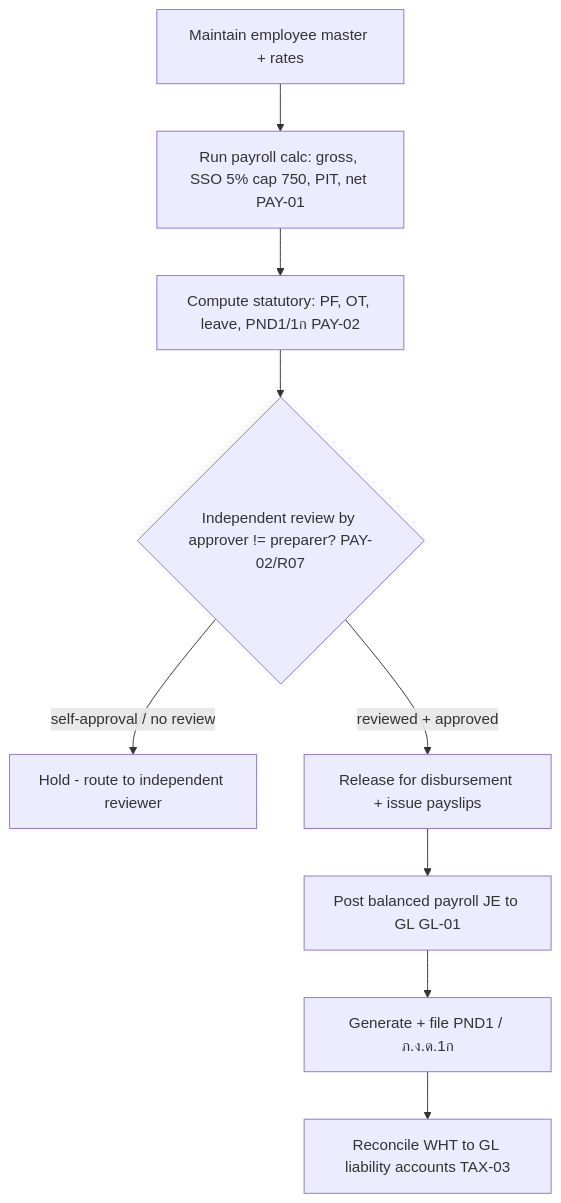
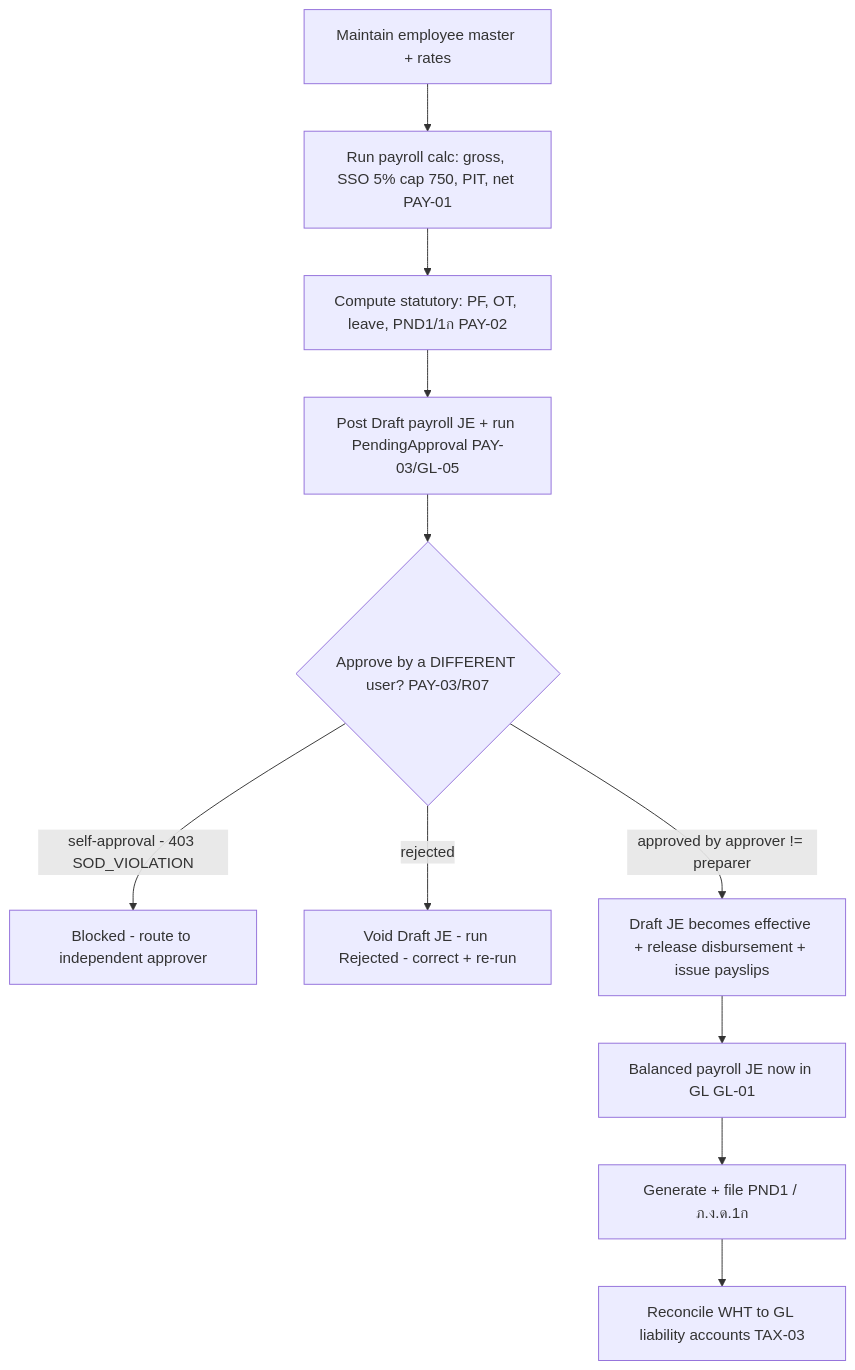
The diagram in docs/process-narratives/05-payroll.md (wayla69/invisibleERP), drawn with Mermaid before and after one commit. The commit also changed other lines of this file and 14 other files, not shown here.

````diff
--- a/docs/process-narratives/05-payroll.md
+++ b/docs/process-narratives/05-payroll.md
@@ -71,11 +71,13 @@
 ```mermaid
 flowchart TD
     A[Maintain employee master + rates] --> B[Run payroll calc: gross, SSO 5% cap 750, PIT, net PAY-01]
     B --> C[Compute statutory: PF, OT, leave, PND1/1ก PAY-02]
-    C --> D{Independent review by approver != preparer? PAY-02/R07}
-    D -- "self-approval / no review" --> D1[Hold - route to independent reviewer]
-    D -- "reviewed + approved" --> E[Release for disbursement + issue payslips]
-    E --> F[Post balanced payroll JE to GL GL-01]
+    C --> Cd[Post Draft payroll JE + run PendingApproval PAY-03/GL-05]
+    Cd --> D{Approve by a DIFFERENT user? PAY-03/R07}
+    D -- "self-approval - 403 SOD_VIOLATION" --> D1[Blocked - route to independent approver]
+    D -- "rejected" --> D2[Void Draft JE - run Rejected - correct + re-run]
+    D -- "approved by approver != preparer" --> E[Draft JE becomes effective + release disbursement + issue payslips]
+    E --> F[Balanced payroll JE now in GL GL-01]
     F --> G[Generate + file PND1 / ภ.ง.ด.1ก]
     G --> H[Reconcile WHT to GL liability accounts TAX-03]
 ```
````
